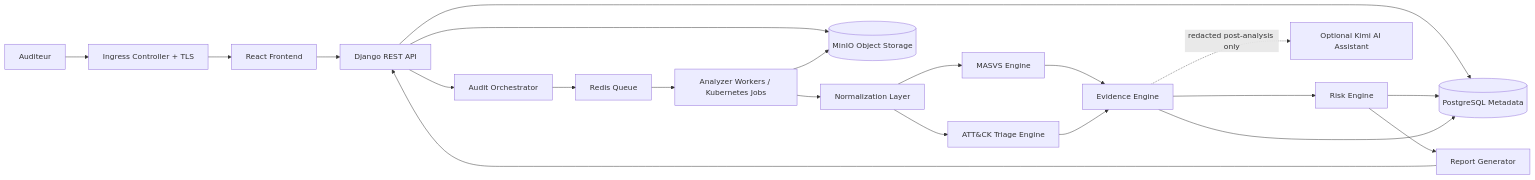
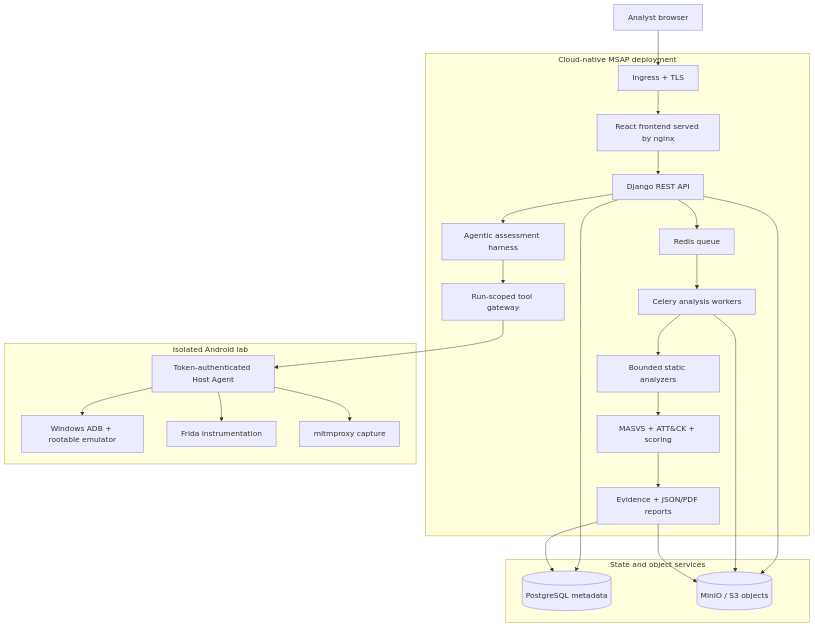
The first of 2 diagrams in README.md (nine11-tech/MSAP), drawn with Mermaid before and after one commit. The commit also changed other lines of this file and 45 other files, not shown here.

````diff
--- a/README.md
+++ b/README.md
@@ -13,23 +66,42 @@
 ```mermaid
-flowchart LR
-    Auditor[Auditeur] --> ING[Ingress Controller + TLS]
-    ING --> FE[React Frontend]
-    FE --> API[Django REST API]
-    API --> ORCH[Audit Orchestrator]
-    ORCH --> REDIS[Redis Queue]
-    REDIS --> WORKERS[Analyzer Workers / Kubernetes Jobs]
-    WORKERS --> NORM[Normalization Layer]
-    NORM --> MASVS[MASVS Engine]
-    NORM --> ATTCK[ATT&CK Triage Engine]
-    MASVS --> EVID[Evidence Engine]
-    ATTCK --> EVID
-    EVID --> RISK[Risk Engine]
-    API --> PG[(PostgreSQL Metadata)]
-    RISK --> PG
-    EVID --> PG
-    API --> MINIO[(MinIO Object Storage)]
-    WORKERS --> MINIO
-    RISK --> REPORT[Report Generator]
-    REPORT --> API
-    EVID -. redacted post-analysis only .-> KIMI[Optional Kimi AI Assistant]
+flowchart TB
+    USER[Analyst browser]
+
+    subgraph CLOUD[Cloud-native MSAP deployment]
+        ING[Ingress + TLS]
+        UI[React frontend served by nginx]
+        API[Django REST API]
+        QUEUE[Redis queue]
+        WORKER[Celery analysis workers]
+        STATIC[Bounded static analyzers]
+        RULES[MASVS + ATT&CK + scoring]
+        HARNESS[Agentic assessment harness]
+        GATE[Run-scoped tool gateway]
+        REPORT[Evidence + JSON/PDF reports]
+    end
+
+    subgraph DATA[State and object services]
+        DB[(PostgreSQL metadata)]
+        OBJ[(MinIO / S3 objects)]
+    end
+
+    subgraph LAB[Isolated Android lab]
+        HOST[Token-authenticated Host Agent]
+        ADB[Windows ADB + rootable emulator]
+        FRIDA[Frida instrumentation]
+        MITM[mitmproxy capture]
+    end
+
+    USER --> ING --> UI --> API
+    API --> DB
+    API --> OBJ
+    API --> QUEUE --> WORKER
+    WORKER --> STATIC --> RULES --> REPORT
+    WORKER --> OBJ
+    REPORT --> DB
+    REPORT --> OBJ
+    API --> HARNESS --> GATE --> HOST
+    HOST --> ADB
+    HOST --> FRIDA
+    HOST --> MITM
 ```
````
